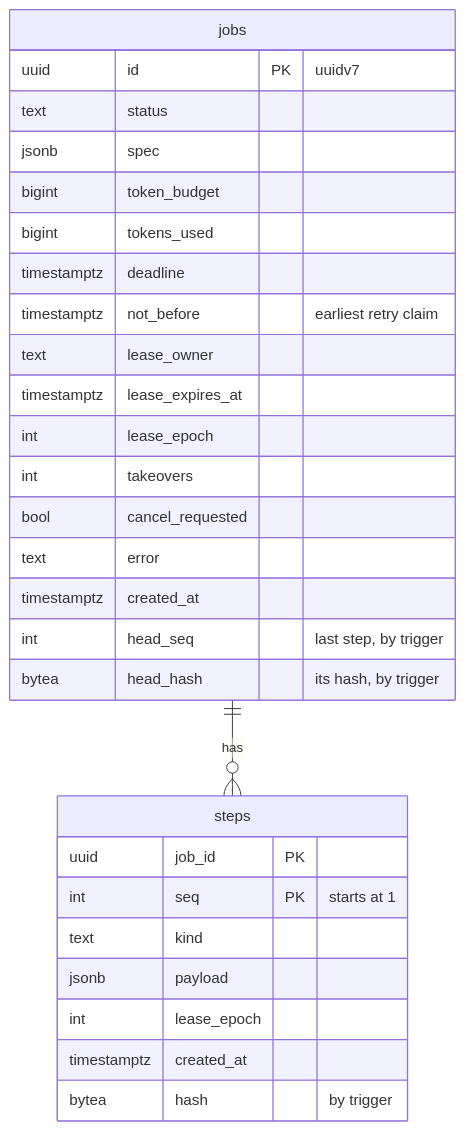
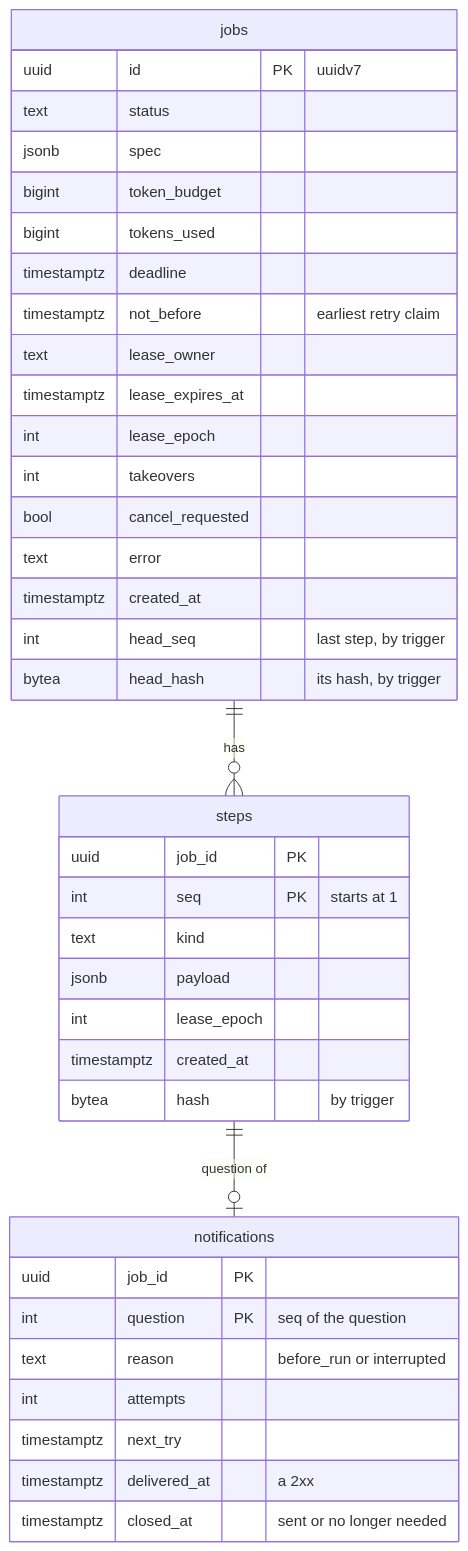
The diagram in docs/data-model.md (sindredg/agent-runtime), drawn with Mermaid before and after one commit. The commit also changed other lines of this file and 19 other files, not shown here.

````diff
--- a/docs/data-model.md
+++ b/docs/data-model.md
@@ -35,31 +35,41 @@
 ```mermaid
 erDiagram
     jobs ||--o{ steps : has
+    steps ||--o| notifications : "question of"
     jobs {
         uuid id PK "uuidv7"
         text status
         jsonb spec
         bigint token_budget
         bigint tokens_used
         timestamptz deadline
         timestamptz not_before "earliest retry claim"
         text lease_owner
         timestamptz lease_expires_at
         int lease_epoch
         int takeovers
         bool cancel_requested
         text error
         timestamptz created_at
         int head_seq "last step, by trigger"
         bytea head_hash "its hash, by trigger"
     }
     steps {
         uuid job_id PK
         int seq PK "starts at 1"
         text kind
         jsonb payload
         int lease_epoch
         timestamptz created_at
         bytea hash "by trigger"
     }
+    notifications {
+        uuid job_id PK
+        int question PK "seq of the question"
+        text reason "before_run or interrupted"
+        int attempts
+        timestamptz next_try
+        timestamptz delivered_at "a 2xx"
+        timestamptz closed_at "sent or no longer needed"
+    }
 ```
````
